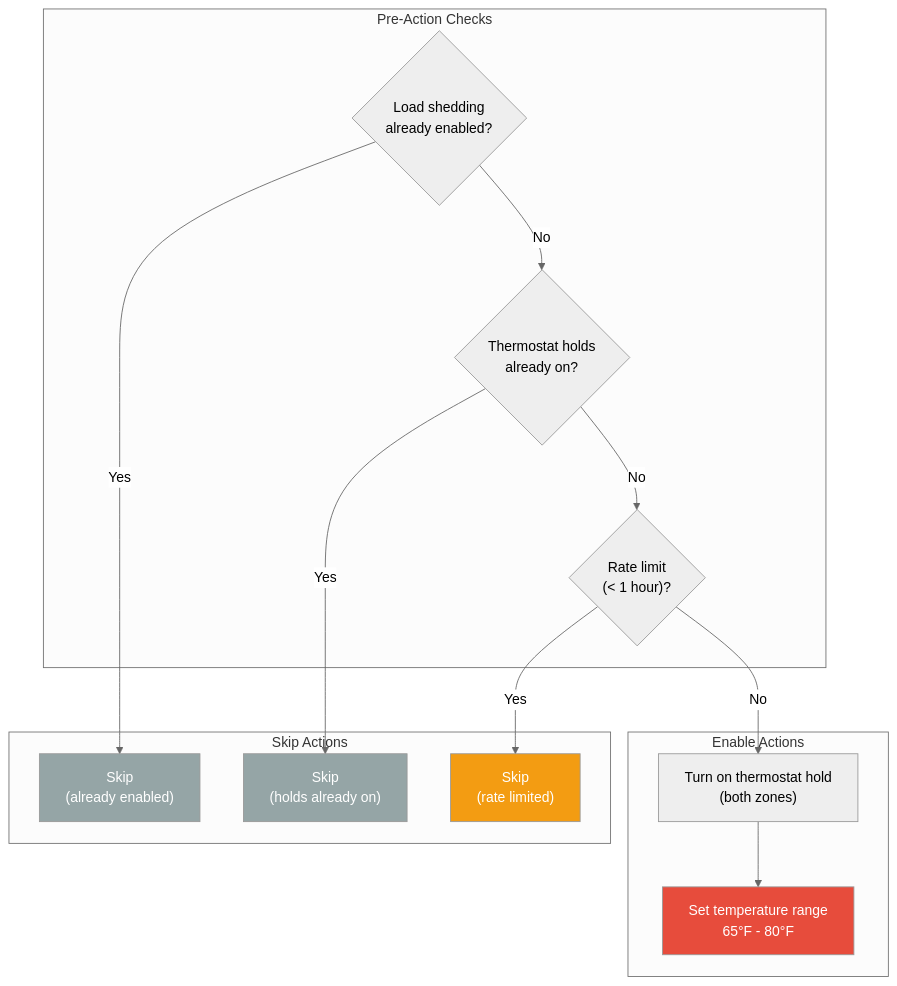
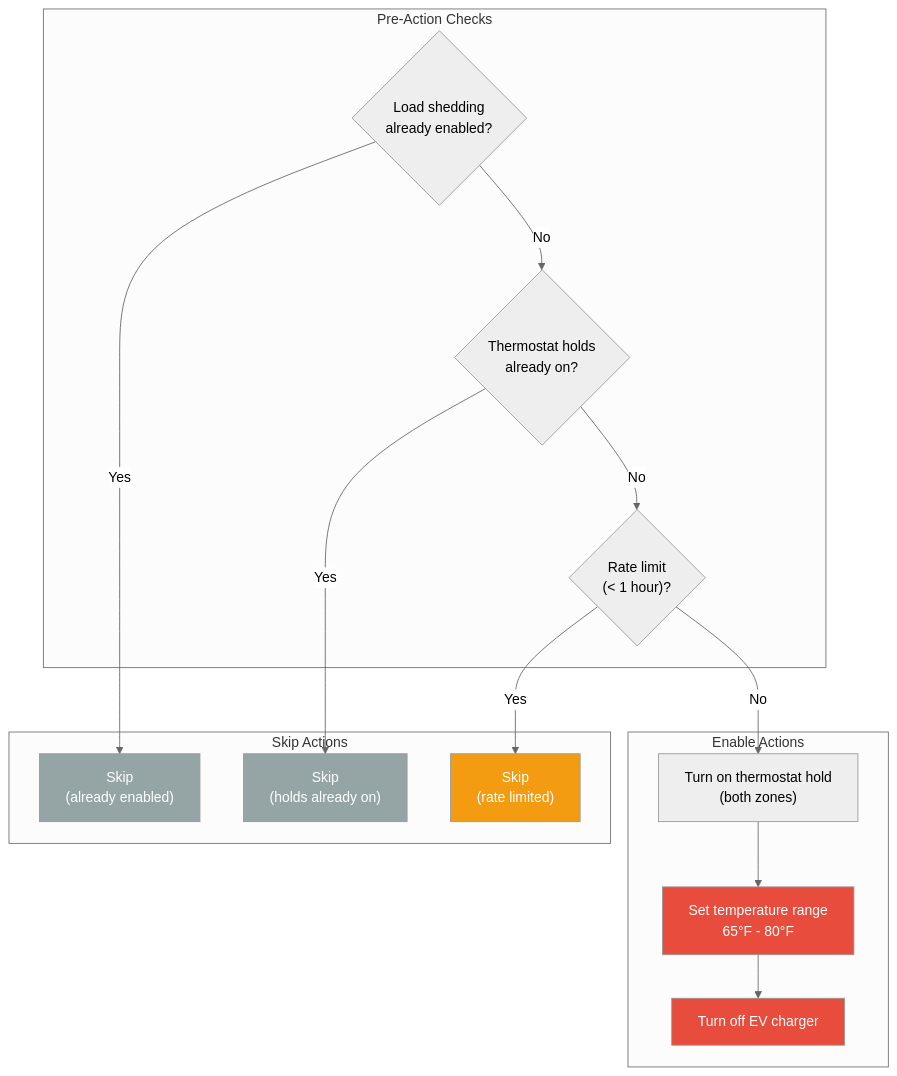
Before and after one commit to NickBorgers/home-automation: the second of 5 diagrams in docs/flows/LOAD_SHEDDING.md, drawn with Mermaid (neutral theme). The commit also changed other lines of this file and 2 other files, not shown here.

First line of the commit message:
feat(loadshedding): Add EV charger to load shedding control

````diff
--- a/docs/flows/LOAD_SHEDDING.md
+++ b/docs/flows/LOAD_SHEDDING.md
@@ -41,32 +41,35 @@
 ```mermaid
 flowchart TD
     subgraph Check["Pre-Action Checks"]
         alreadyOn{"Load shedding<br/>already enabled?"}
         checkHold{"Thermostat holds<br/>already on?"}
         rateLimit{"Rate limit<br/>(< 1 hour)?"}
     end
 
     subgraph Skip["Skip Actions"]
         skipOn["Skip<br/>(already enabled)"]
         skipHold["Skip<br/>(holds already on)"]
         skipRate["Skip<br/>(rate limited)"]
     end
 
     subgraph Actions["Enable Actions"]
         turnOnHold["Turn on thermostat hold<br/>(both zones)"]
         setTemp["Set temperature range<br/>65°F - 80°F"]
+        turnOffEV["Turn off EV charger"]
     end
 
     alreadyOn -->|Yes| skipOn
     alreadyOn -->|No| checkHold
     checkHold -->|Yes| skipHold
     checkHold -->|No| rateLimit
     rateLimit -->|Yes| skipRate
     rateLimit -->|No| turnOnHold
     turnOnHold --> setTemp
+    setTemp --> turnOffEV
 
     style skipOn fill:#95a5a6,color:#fff
     style skipHold fill:#95a5a6,color:#fff
     style skipRate fill:#f39c12,color:#fff
     style setTemp fill:#e74c3c,color:#fff
+    style turnOffEV fill:#e74c3c,color:#fff
 ```
````
